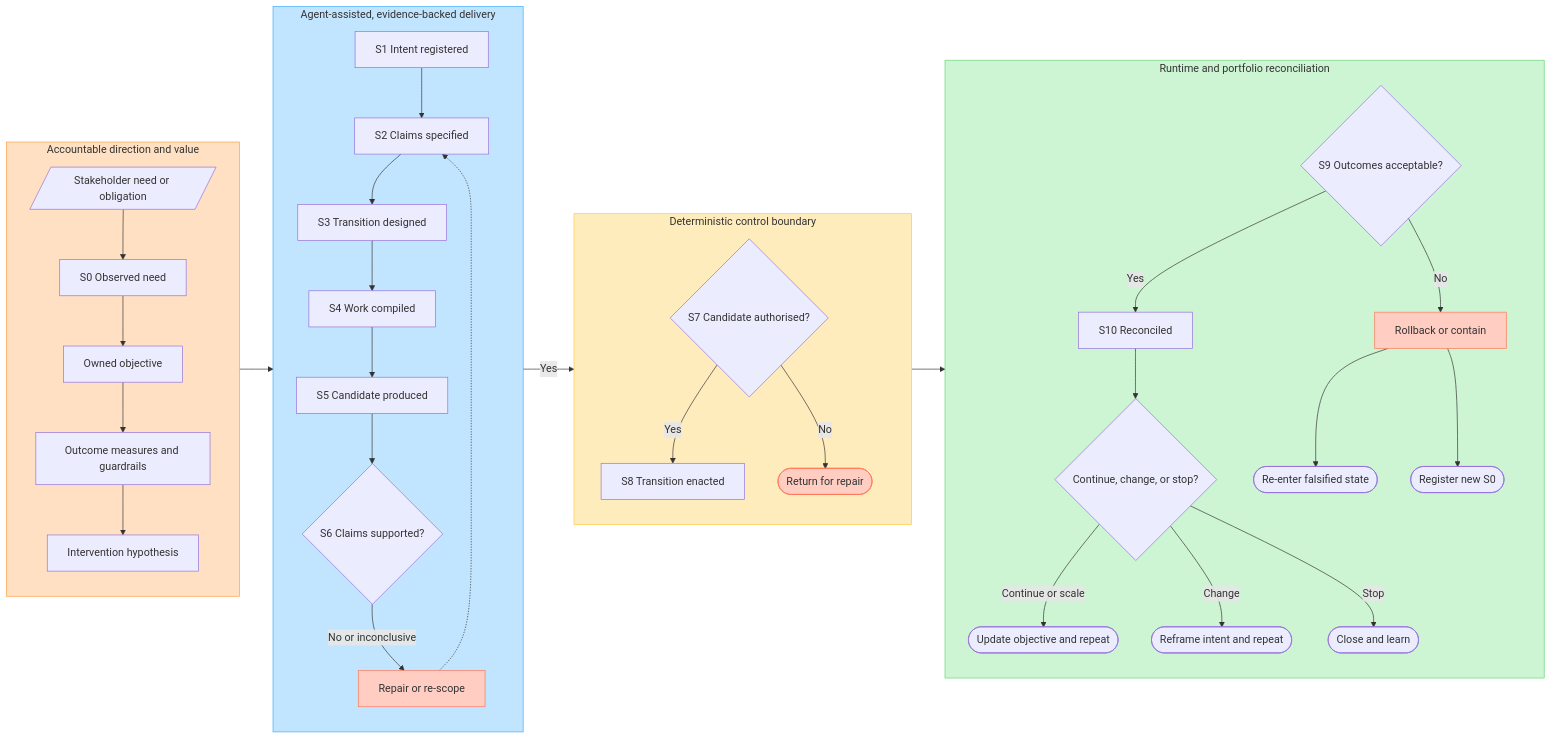
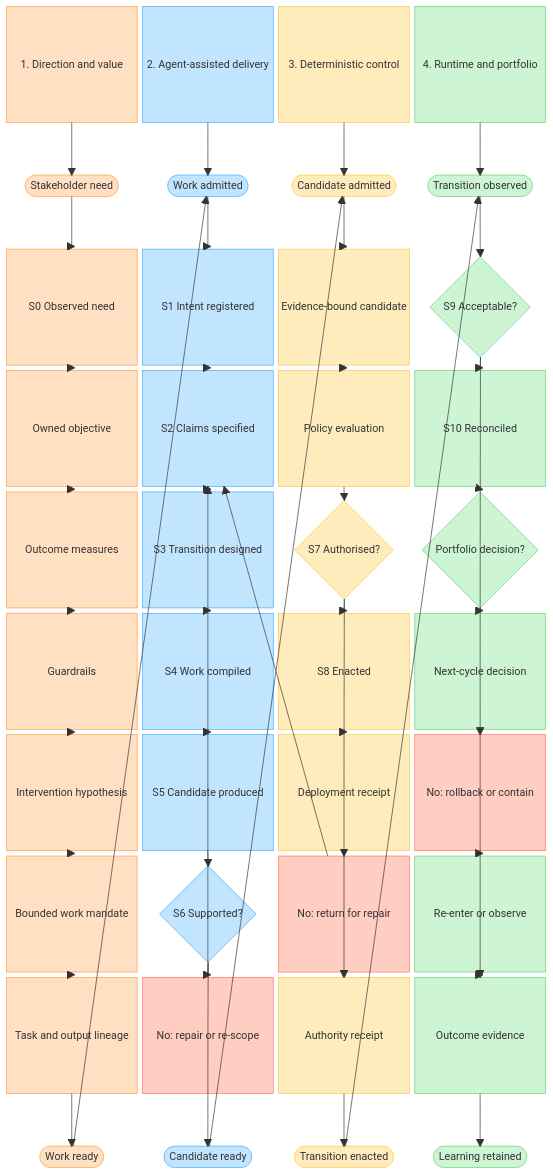
The diagram in doctrine/patterns/ai-native-software-development-lifecycle.md (0ryant/engineering-doctrine), drawn with Mermaid before and after one commit. The commit also changed other lines of this file and 22 other files, not shown here.

````diff
--- a/doctrine/patterns/ai-native-software-development-lifecycle.md
+++ b/doctrine/patterns/ai-native-software-development-lifecycle.md
@@ -80,67 +80,71 @@
 ```mermaid
-flowchart LR
-    subgraph valueLoop ["Accountable direction and value"]
-        direction TB
-        need[/Stakeholder need or obligation/]
-        s0["S0 Observed need"]
-        objective["Owned objective"]
-        measures["Outcome measures and guardrails"]
-        intervention["Intervention hypothesis"]
-        need --> s0 --> objective --> measures --> intervention
-    end
+%%{init: {"themeCSS": ".value p, .delivery p, .control p, .runtime p, .failure p { color: #1E1E1E !important; }"}}%%
+block-beta
+    columns 4
 
-    subgraph deliveryLoop ["Agent-assisted, evidence-backed delivery"]
-        direction TB
-        s1["S1 Intent registered"]
-        s2["S2 Claims specified"]
-        s3["S3 Transition designed"]
-        s4["S4 Work compiled"]
-        s5["S5 Candidate produced"]
-        s6{"S6 Claims supported?"}
-        repair["Repair or re-scope"]
-        s1 --> s2 --> s3 --> s4 --> s5 --> s6
-        s6 -->|"No or inconclusive"| repair
-        repair -.-> s2
-    end
+    valueHeader["1. Direction and value"] deliveryHeader["2. Agent-assisted delivery"] controlHeader["3. Deterministic control"] runtimeHeader["4. Runtime and portfolio"]
+    need(["Stakeholder need"]) deliveryTop(["Work admitted"]) controlTop(["Candidate admitted"]) runtimeTop(["Transition observed"])
+    s0["S0 Observed need"] s1["S1 Intent registered"] boundCandidate["Evidence-bound candidate"] s9{"S9 Acceptable?"}
+    objective["Owned objective"] s2["S2 Claims specified"] policy["Policy evaluation"] s10["S10 Reconciled"]
+    measures["Outcome measures"] s3["S3 Transition designed"] s7{"S7 Authorised?"} portfolio{"Portfolio decision?"}
+    guardrails["Guardrails"] s4["S4 Work compiled"] s8["S8 Enacted"] nextCycle["Next-cycle decision"]
+    intervention["Intervention hypothesis"] s5["S5 Candidate produced"] receipt["Deployment receipt"] contain["No: rollback or contain"]
+    workMandate["Bounded work mandate"] s6{"S6 Supported?"} denied["No: return for repair"] reenter["Re-enter or observe"]
+    workEvidence["Task and output lineage"] repair["No: repair or re-scope"] controlEvidence["Authority receipt"] runtimeEvidence["Outcome evidence"]
+    valueBottom(["Work ready"]) deliveryBottom(["Candidate ready"]) controlBottom(["Transition enacted"]) runtimeBottom(["Learning retained"])
 
-    subgraph controlBoundary ["Deterministic control boundary"]
-        direction TB
-        s7{"S7 Candidate authorised?"}
-        s8["S8 Transition enacted"]
-        denied(["Return for repair"])
-        s7 -->|"Yes"| s8
-        s7 -->|"No"| denied
-    end
+    valueHeader --> need
+    need --> s0
+    s0 --> objective
+    objective --> measures
+    measures --> guardrails
+    guardrails --> intervention
+    intervention --> workMandate
+    workMandate --> workEvidence
+    workEvidence --> valueBottom
+    deliveryHeader --> deliveryTop
+    deliveryTop --> s1
+    s1 --> s2
+    s2 --> s3
+    s3 --> s4
+    s4 --> s5
+    s5 --> s6
+    s6 --> deliveryBottom
+    s6 --> repair
+    repair --> s2
+    controlHeader --> controlTop
+    controlTop --> boundCandidate
+    boundCandidate --> policy
+    policy --> s7
+    s7 --> s8
+    s8 --> receipt
+    receipt --> controlEvidence
+    controlEvidence --> controlBottom
+    s7 --> denied
+    denied --> s2
+    runtimeHeader --> runtimeTop
+    runtimeTop --> s9
+    s9 --> s10
+    s10 --> portfolio
+    portfolio --> nextCycle
+    nextCycle --> runtimeEvidence
+    runtimeEvidence --> runtimeBottom
+    s9 --> contain
+    contain --> reenter
+    reenter --> runtimeEvidence
 
-    subgraph runtimeLoop ["Runtime and portfolio reconciliation"]
-        direction TB
-        s9{"S9 Outcomes acceptable?"}
-        contain["Rollback or contain"]
-        s10["S10 Reconciled"]
-        portfolio{"Continue, change, or stop?"}
-        reenter(["Re-enter falsified state"])
-        observeAgain(["Register new S0"])
-        nextCycle(["Update objective and repeat"])
-        reframe(["Reframe intent and repeat"])
-        close(["Close and learn"])
-        s9 -->|"Yes"| s10 --> portfolio
-        s9 -->|"No"| contain
-        contain --> reenter
-        contain --> observeAgain
-        portfolio -->|"Continue or scale"| nextCycle
-        portfolio -->|"Change"| reframe
-        portfolio -->|"Stop"| close
-    end
+    valueBottom --> deliveryTop
+    deliveryBottom --> controlTop
+    controlBottom --> runtimeTop
 
-    intervention --> s1
-    s6 -->|"Yes"| s7
-    s8 --> s9
-
-    style valueLoop fill:#FFE0C2,stroke:#FF9E42
-    style deliveryLoop fill:#C2E5FF,stroke:#3DADFF
-    style controlBoundary fill:#FFECBD,stroke:#FFC943
-    style runtimeLoop fill:#CDF4D3,stroke:#66D575
-    style repair fill:#FFCDC2,stroke:#FF7556
-    style denied fill:#FFCDC2,stroke:#FF7556
-    style contain fill:#FFCDC2,stroke:#FF7556
+    classDef value fill:#FFE0C2,stroke:#FF9E42,color:#1E1E1E
+    classDef delivery fill:#C2E5FF,stroke:#3DADFF,color:#1E1E1E
+    classDef control fill:#FFECBD,stroke:#FFC943,color:#1E1E1E
+    classDef runtime fill:#CDF4D3,stroke:#66D575,color:#1E1E1E
+    classDef failure fill:#FFCDC2,stroke:#FF7556,color:#1E1E1E
+    class valueHeader,need,s0,objective,measures,guardrails,intervention,workMandate,workEvidence,valueBottom value
+    class deliveryHeader,deliveryTop,s1,s2,s3,s4,s5,s6,deliveryBottom delivery
+    class controlHeader,controlTop,boundCandidate,policy,s7,s8,receipt,controlEvidence,controlBottom control
+    class runtimeHeader,runtimeTop,s9,s10,portfolio,nextCycle,reenter,runtimeEvidence,runtimeBottom runtime
+    class repair,denied,contain failure
 ```
````
